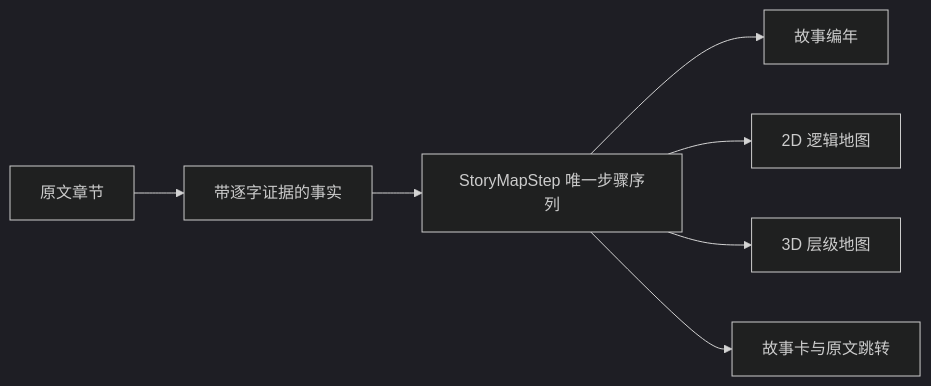
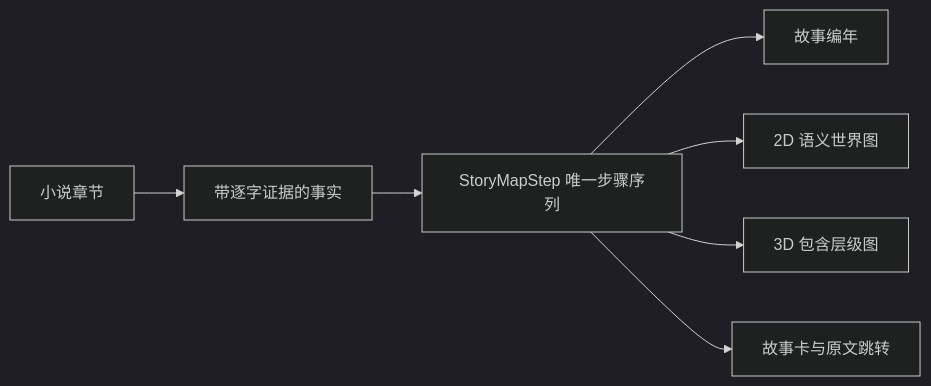
The diagram in README.md (AIALRA-0/AIALRA-FAST-NOVEL), drawn with Mermaid (dark theme) before and after one commit. The commit also changed other lines of this file and 27 other files, not shown here.

````diff
--- a/README.md
+++ b/README.md
@@ -29,9 +29,9 @@
 ```mermaid
 flowchart LR
-    A[原文章节] --> B[带逐字证据的事实]
+    A[小说章节] --> B[带逐字证据的事实]
     B --> C[StoryMapStep 唯一步骤序列]
     C --> D[故事编年]
-    C --> E[2D 逻辑地图]
-    C --> F[3D 层级地图]
+    C --> E[2D 语义世界图]
+    C --> F[3D 包含层级图]
     C --> G[故事卡与原文跳转]
 ```
````
